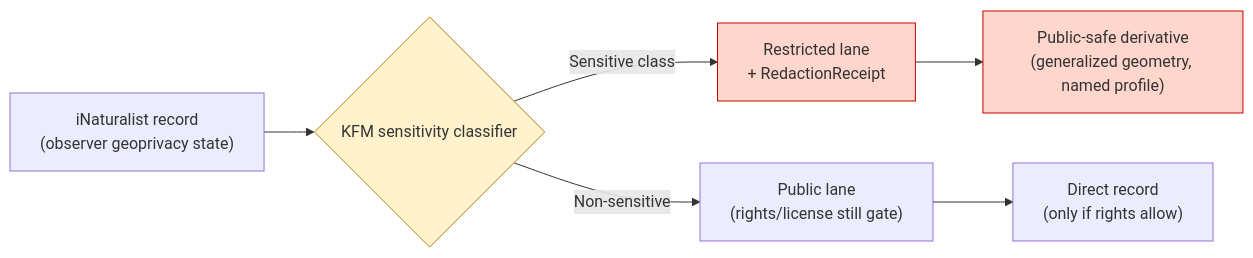
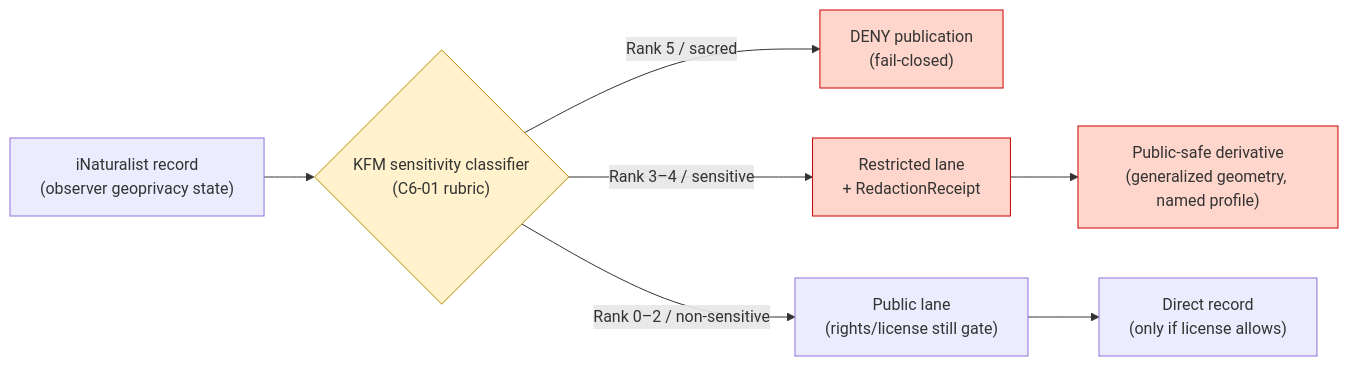
Before and after one commit to bartytime4life/Kansas-Frontier-Matrix: the first of 3 diagrams in docs/sources/catalog/inaturalist/README.md, drawn with Mermaid. The commit also changed other lines of this file, not shown here.

````diff
--- a/docs/sources/catalog/inaturalist/README.md
+++ b/docs/sources/catalog/inaturalist/README.md
@@ -168,13 +230,14 @@
 ```mermaid
 flowchart LR
-    A["iNaturalist record<br/>(observer geoprivacy state)"] --> B{"KFM sensitivity classifier"}
-    B -->|Sensitive class| C["Restricted lane<br/>+ RedactionReceipt"]
-    B -->|Non-sensitive| D["Public lane<br/>(rights/license still gate)"]
+    A["iNaturalist record<br/>(observer geoprivacy state)"] --> B{"KFM sensitivity classifier<br/>(C6-01 rubric)"}
+    B -->|"Rank 5 / sacred"| D1["DENY publication<br/>(fail-closed)"]
+    B -->|"Rank 3–4 / sensitive"| C["Restricted lane<br/>+ RedactionReceipt"]
+    B -->|"Rank 0–2 / non-sensitive"| D["Public lane<br/>(rights/license still gate)"]
     C --> E["Public-safe derivative<br/>(generalized geometry, named profile)"]
-    D --> F["Direct record<br/>(only if rights allow)"]
+    D --> F["Direct record<br/>(only if license allows)"]
 
     classDef gov fill:#fff2cc,stroke:#b58900;
     classDef restrict fill:#ffd6cc,stroke:#cc0000;
     class B gov
-    class C,E restrict
+    class C,E,D1 restrict
 ```
````
